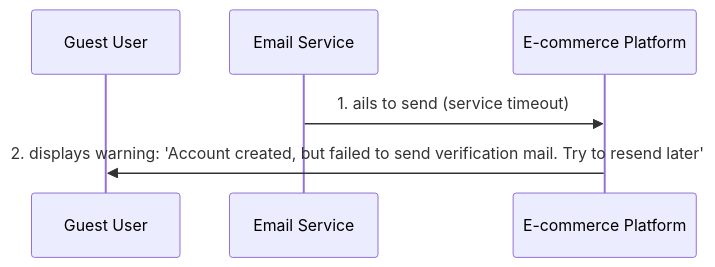
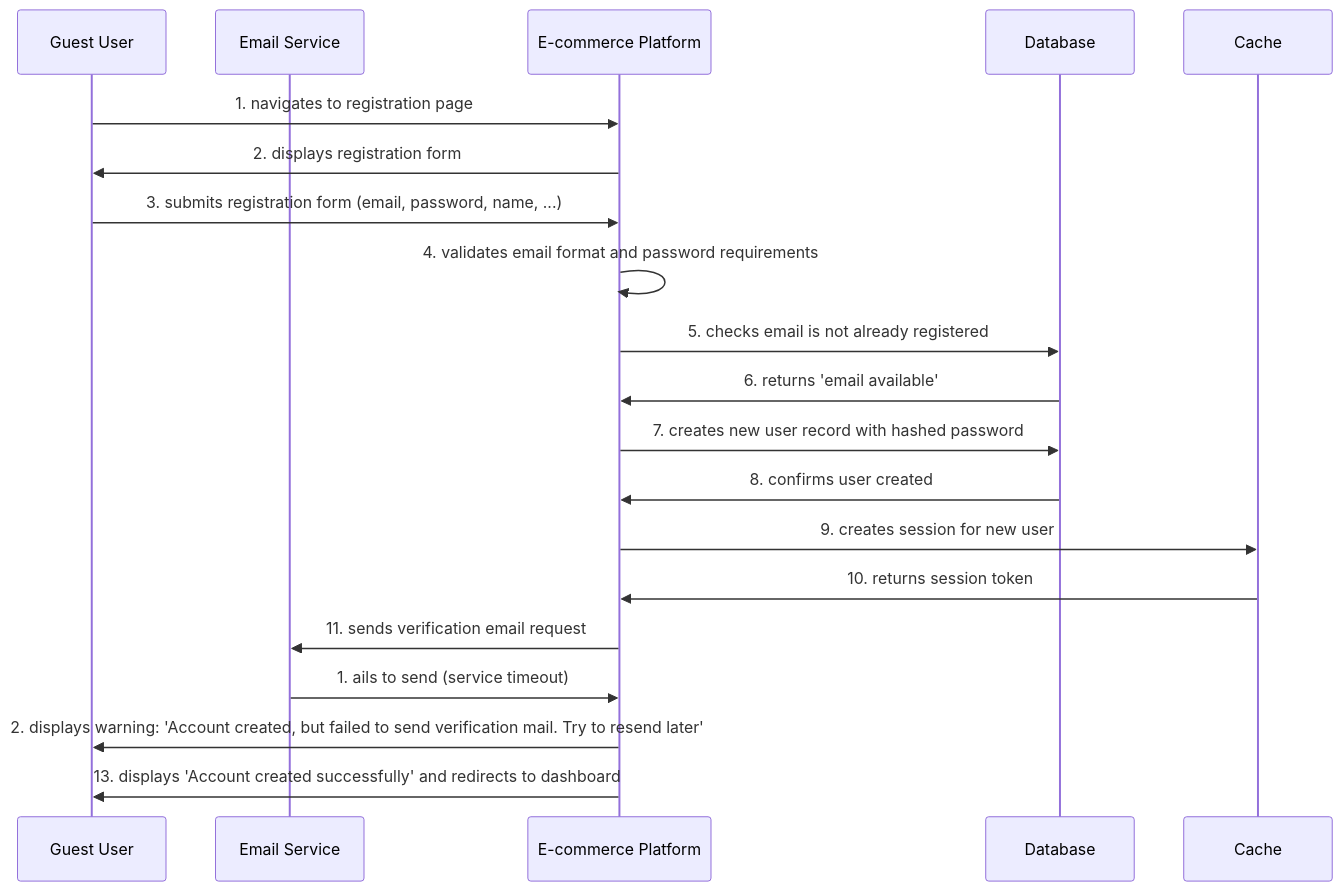
The fifth of 5 diagrams in examples/ecommerce-demo/docs/use-cases/authentication/UC-AUTH-001/README.md (Guillaumecoi/MUCM), drawn with Mermaid before and after one commit. The commit also changed other lines of this file and 54 other files, not shown here.

````diff
--- a/examples/ecommerce-demo/docs/use-cases/authentication/UC-AUTH-001/README.md
+++ b/examples/ecommerce-demo/docs/use-cases/authentication/UC-AUTH-001/README.md
@@ -155,6 +195,20 @@
 ```mermaid
 sequenceDiagram
 participant Guest User
+participant Email Service
+participant E-commerce Platform
+Guest User->>E-commerce Platform: 1. navigates to registration page
+E-commerce Platform->>Guest User: 2. displays registration form
+Guest User->>E-commerce Platform: 3. submits registration form (email, password, name, ...)
+E-commerce Platform->>E-commerce Platform: 4. validates email format and password requirements
+E-commerce Platform->>Database: 5. checks email is not already registered
+Database->>E-commerce Platform: 6. returns 'email available'
+E-commerce Platform->>Database: 7. creates new user record with hashed password
+Database->>E-commerce Platform: 8. confirms user created
+E-commerce Platform->>Cache: 9. creates session for new user
+Cache->>E-commerce Platform: 10. returns session token
+E-commerce Platform->>Email Service: 11. sends verification email request
 Email Service->>E-commerce Platform: 1. ails to send (service timeout)
 E-commerce Platform->>Guest User: 2. displays warning: 'Account created, but failed to send verification mail. Try to resend later'
+E-commerce Platform->>Guest User: 13. displays 'Account created successfully' and redirects to dashboard
 ```
````
